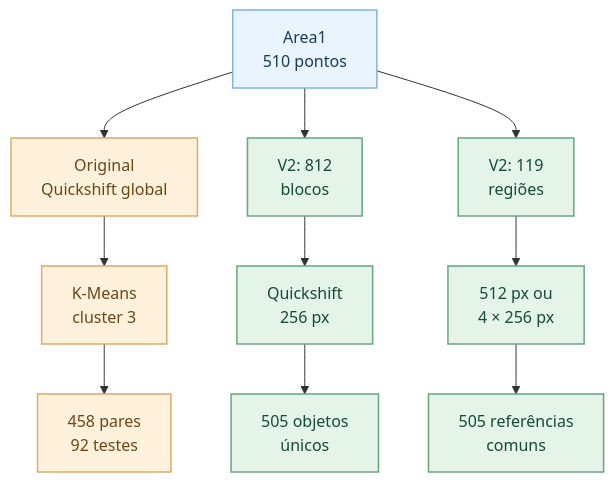
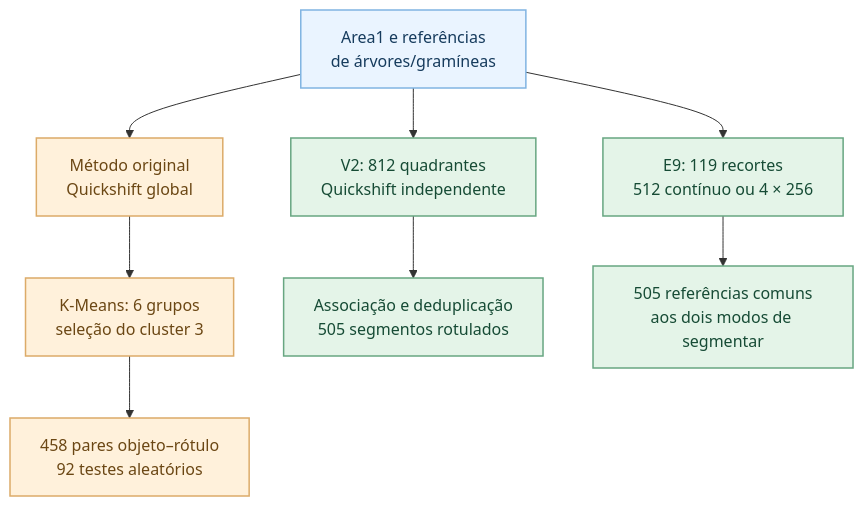
The third of 5 diagrams in README.md (BrenoBragaGalvao/mestrado-arvores-urbanas), drawn with Mermaid before and after one commit. The commit also changed other lines of this file, not shown here.

````diff
--- a/README.md
+++ b/README.md
@@ -315,21 +264,19 @@
 ```mermaid
 flowchart TD
-    A["Area1<br/>510 pontos"] --> B["Original<br/>Quickshift global"]
-    B --> C["K-Means<br/>cluster 3"]
-    C --> D["458 pares<br/>92 testes"]
+    A["Area1 e referências<br/>de árvores/gramíneas"] --> B["Método original<br/>Quickshift global"]
+    B --> C["K-Means: 6 grupos<br/>seleção do cluster 3"]
+    C --> D["458 pares objeto–rótulo<br/>92 testes aleatórios"]
 
-    A --> E["V2: 812<br/>blocos"]
-    E --> F["Quickshift<br/>256 px"]
-    F --> G["505 objetos<br/>únicos"]
+    A --> E["V2: 812 quadrantes<br/>Quickshift independente"]
+    E --> F["Associação e deduplicação<br/>505 segmentos rotulados"]
 
-    A --> H["V2: 119<br/>regiões"]
-    H --> I["512 px ou<br/>4 × 256 px"]
-    I --> J["505 referências<br/>comuns"]
+    A --> G["E9: 119 recortes<br/>512 contínuo ou 4 × 256"]
+    G --> H["505 referências comuns<br/>aos dois modos de segmentar"]
 
     classDef origem fill:#eaf4ff,stroke:#80b4e2,color:#163b5d,stroke-width:1.5px;
     classDef historico fill:#fff1db,stroke:#dcab68,color:#6b4714,stroke-width:1.5px;
     classDef novo fill:#e4f4e8,stroke:#67a681,color:#164b35,stroke-width:1.5px;
     class A origem;
     class B,C,D historico;
-    class E,F,G,H,I,J novo;
+    class E,F,G,H novo;
 ```
````
